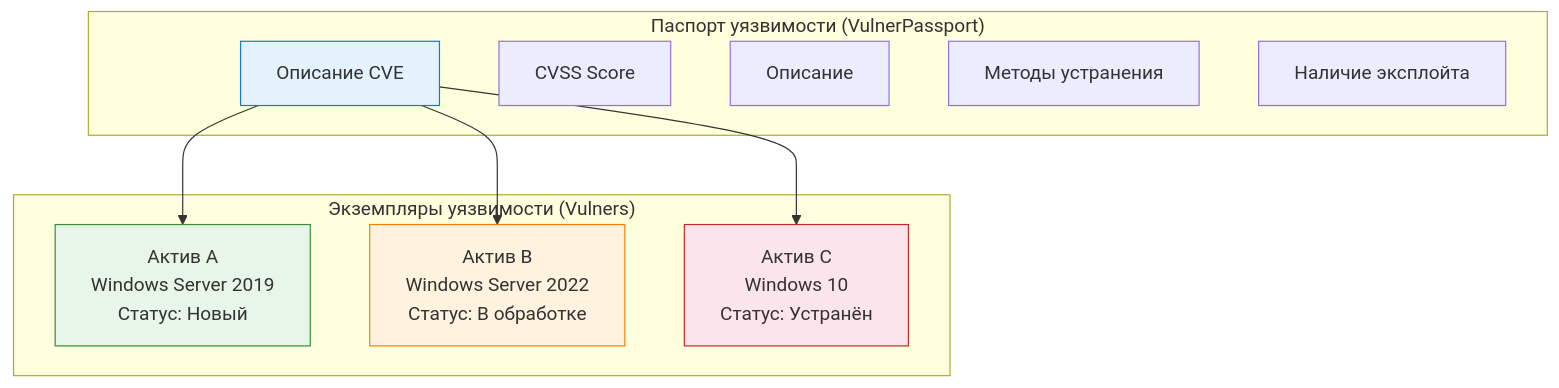
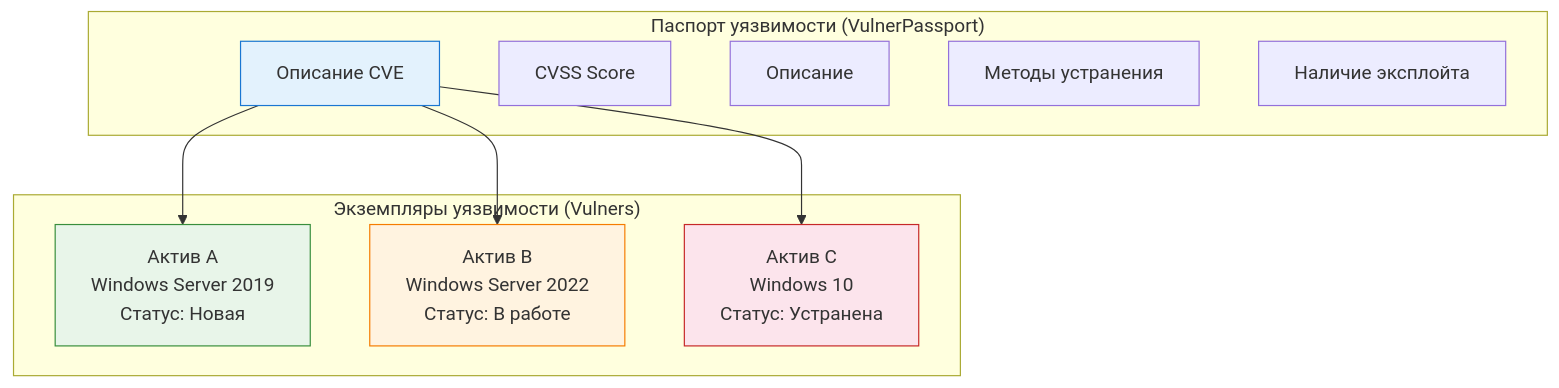
The first of 3 diagrams in InfoSec/PositiveTechnologies/MaxPatrol VM/5. Работа с активами и уязвимостями.md (ale88andr/obs-vault), drawn with Mermaid before and after one commit. The commit also changed other lines of this file and 16 other files, not shown here.

````diff
--- a/InfoSec/PositiveTechnologies/MaxPatrol VM/5. Работа с активами и уязвимостями.md
+++ b/InfoSec/PositiveTechnologies/MaxPatrol VM/5. Работа с активами и уязвимостями.md
@@ -117,25 +134,25 @@
 ```mermaid
 graph TB
     subgraph "Паспорт уязвимости (VulnerPassport)"
         VP[Описание CVE]
         VP1[CVSS Score]
         VP2[Описание]
         VP3[Методы устранения]
         VP4[Наличие эксплойта]
     end
 
     subgraph "Экземпляры уязвимости (Vulners)"
-        E1[Актив A<br/>Windows Server 2019<br/>Статус: Новый]
-        E2[Актив B<br/>Windows Server 2022<br/>Статус: В обработке]
-        E3[Актив C<br/>Windows 10<br/>Статус: Устранён]
+        E1[Актив A<br/>Windows Server 2019<br/>Статус: Новая]
+        E2[Актив B<br/>Windows Server 2022<br/>Статус: В работе]
+        E3[Актив C<br/>Windows 10<br/>Статус: Устранена]
     end
 
     VP --> E1
     VP --> E2
     VP --> E3
 
     style VP fill:#e3f2fd,stroke:#1976d2
     style E1 fill:#e8f5e9,stroke:#388e3c
     style E2 fill:#fff3e0,stroke:#f57c00
     style E3 fill:#fce4ec,stroke:#c62828
 ```
````
